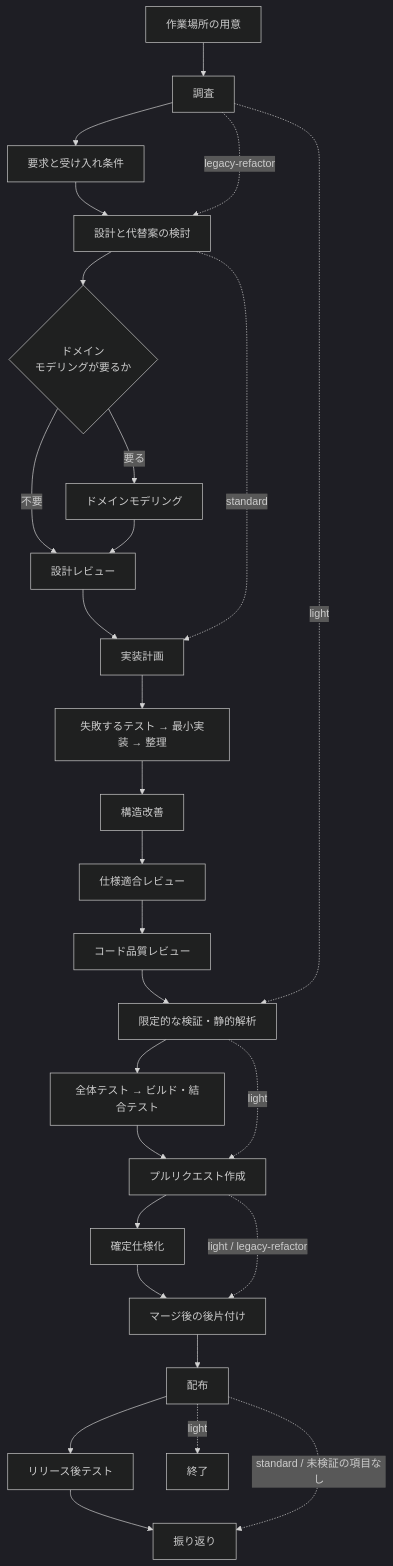
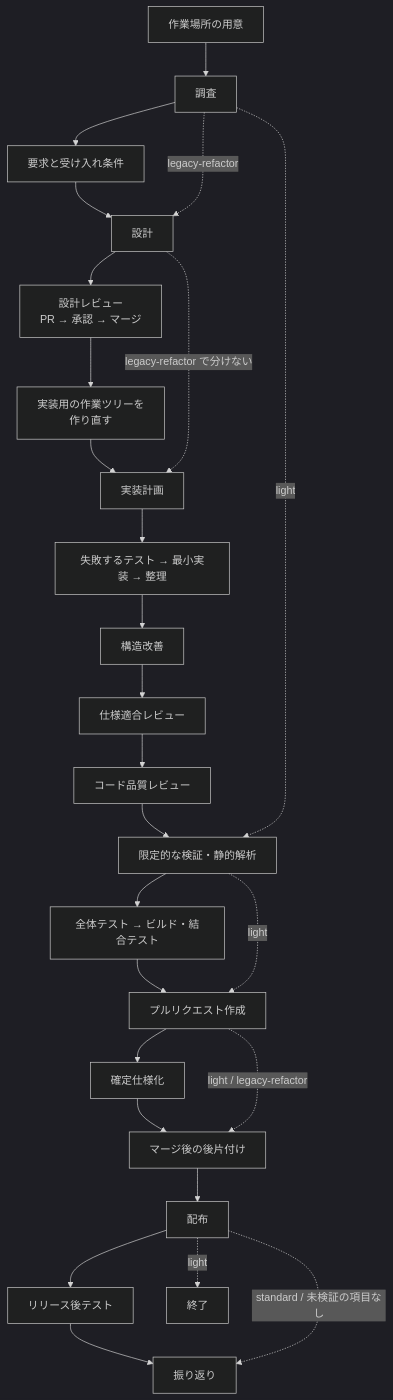
The second of 2 diagrams in plugins/ndf/skills/development-workflow/SKILL.md (devbasex/ai-plugins), drawn with Mermaid (dark theme) before and after one commit. The commit also changed other lines of this file and 19 other files, not shown here.

````diff
--- a/plugins/ndf/skills/development-workflow/SKILL.md
+++ b/plugins/ndf/skills/development-workflow/SKILL.md
@@ -185,30 +194,28 @@
 ```mermaid
 flowchart TD
     S[作業場所の用意] --> A[調査]
     A --> B[要求と受け入れ条件]
-    B --> C[設計と代替案の検討]
-    C --> D{ドメイン<br/>モデリングが要るか}
-    D -->|要る| E[ドメインモデリング]
-    D -->|不要| F[設計レビュー]
-    E --> F
-    F --> G[実装計画]
+    B --> C[設計]
+    C --> F[設計レビュー<br/>PR → 承認 → マージ]
+    F --> W[実装用の作業ツリーを<br/>作り直す]
+    W --> G[実装計画]
     G --> H[失敗するテスト → 最小実装 → 整理]
     H --> R[構造改善]
     R --> I[仕様適合レビュー]
     I --> J[コード品質レビュー]
     J --> K[限定的な検証・静的解析]
     K --> N[全体テスト → ビルド・結合テスト]
     N --> L[プルリクエスト作成]
     L --> M[確定仕様化]
     M --> P[マージ後の後片付け]
     P --> RL[配布]
     RL --> Q[リリース後テスト]
     Q --> T[振り返り]
     RL -.->|standard / 未検証の項目なし| T
-    C -.->|standard| G
     A -.->|legacy-refactor| C
+    C -.->|legacy-refactor で分けない| G
     A -.->|light| K
     K -.->|light| L
     L -.->|light / legacy-refactor| P
     RL -.->|light| Z[終了]
 ```
````
